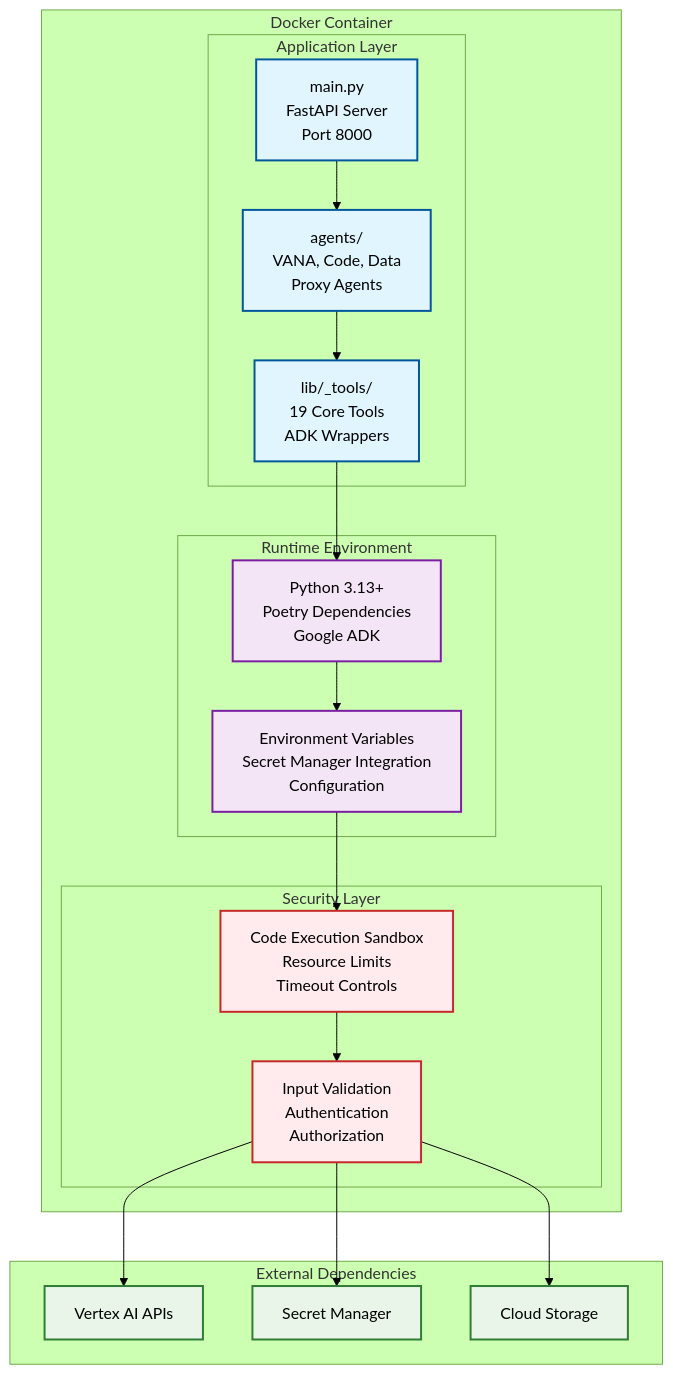
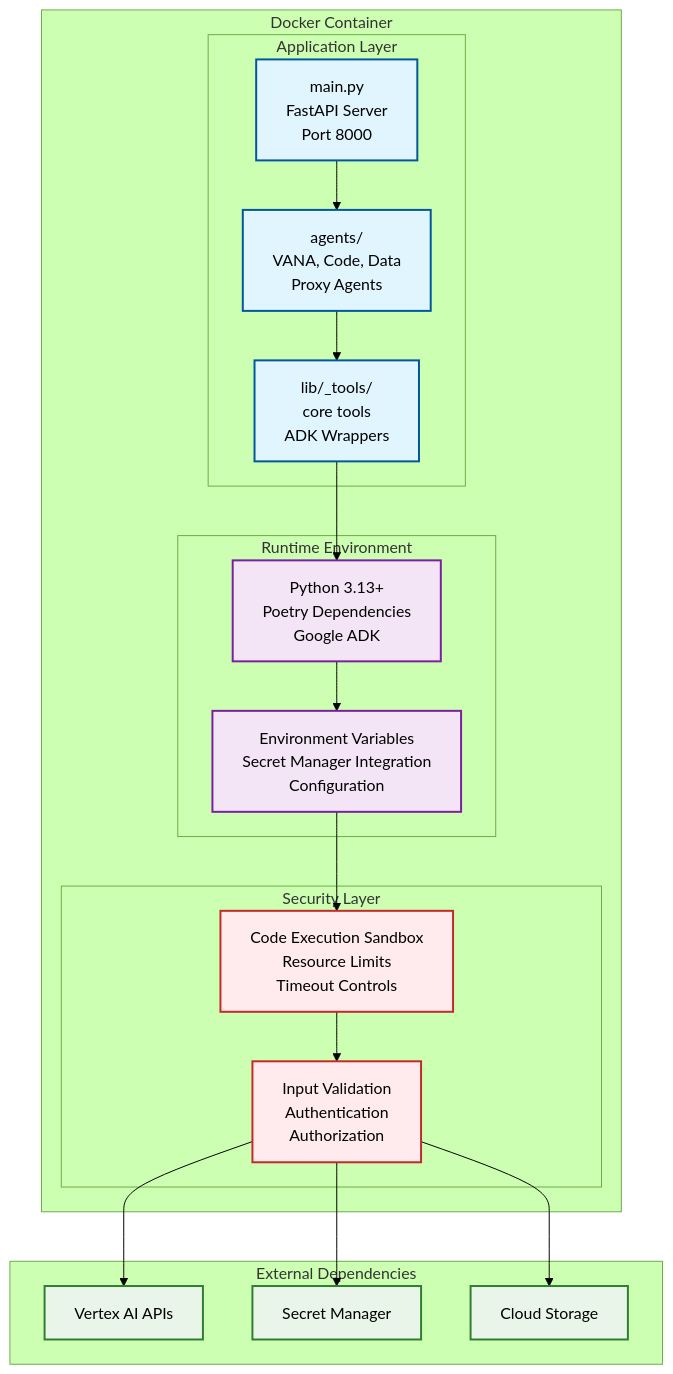
Before and after one commit to NickB03/vana: the third of 5 diagrams in docs/assets/diagrams/deployment-architecture.md, drawn with Mermaid (forest theme). The commit also changed 18 other files, not shown here.

````diff
--- a/docs/assets/diagrams/deployment-architecture.md
+++ b/docs/assets/diagrams/deployment-architecture.md
@@ -92,47 +92,47 @@
 ```mermaid
 graph TB
     subgraph "Docker Container"
         subgraph "Application Layer"
             MAIN[main.py<br/>FastAPI Server<br/>Port 8000]
             AGENTS[agents/<br/>VANA, Code, Data<br/>Proxy Agents]
-            TOOLS[lib/_tools/<br/>19 Core Tools<br/>ADK Wrappers]
+            TOOLS[lib/_tools/<br/>core tools<br/>ADK Wrappers]
         end
 
         subgraph "Runtime Environment"
             PYTHON[Python 3.13+<br/>Poetry Dependencies<br/>Google ADK]
             ENV[Environment Variables<br/>Secret Manager Integration<br/>Configuration]
         end
 
         subgraph "Security Layer"
             SANDBOX[Code Execution Sandbox<br/>Resource Limits<br/>Timeout Controls]
             VALIDATION[Input Validation<br/>Authentication<br/>Authorization]
         end
     end
 
     subgraph "External Dependencies"
         VERTEX[Vertex AI APIs]
         SECRETS[Secret Manager]
         STORAGE[Cloud Storage]
     end
 
     MAIN --> AGENTS
     AGENTS --> TOOLS
     TOOLS --> PYTHON
     PYTHON --> ENV
     ENV --> SANDBOX
     SANDBOX --> VALIDATION
 
     VALIDATION --> VERTEX
     VALIDATION --> SECRETS
     VALIDATION --> STORAGE
 
     classDef app fill:#e1f5fe,stroke:#01579b,stroke-width:2px
     classDef runtime fill:#f3e5f5,stroke:#7b1fa2,stroke-width:2px
     classDef security fill:#ffebee,stroke:#c62828,stroke-width:2px
     classDef external fill:#e8f5e8,stroke:#2e7d32,stroke-width:2px
 
     class MAIN,AGENTS,TOOLS app
     class PYTHON,ENV runtime
     class SANDBOX,VALIDATION security
     class VERTEX,SECRETS,STORAGE external
 ```
````
